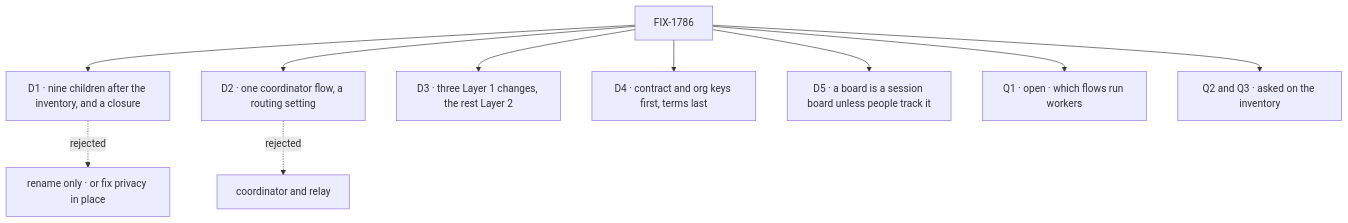
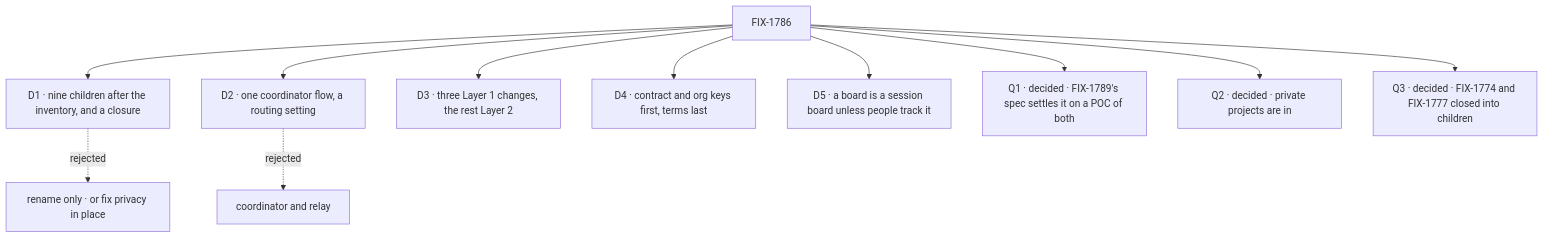
Before and after one commit to fixpoint-labs/flow-state-dev: the diagram in specs/epics/FIX-1786/DECISIONS.md, drawn with Mermaid. The commit also changed other lines of this file and 7 other files, not shown here.

````diff
--- a/specs/epics/FIX-1786/DECISIONS.md
+++ b/specs/epics/FIX-1786/DECISIONS.md
@@ -13,12 +13,13 @@
 ```mermaid
 flowchart TD
   E["FIX-1786"] --> D1["D1 · nine children after the inventory, and a closure"]
   D1 -.->|"rejected"| X1["rename only · or fix privacy in place"]
   E --> D2["D2 · one coordinator flow, a routing setting"]
   D2 -.->|"rejected"| X2["coordinator and relay"]
   E --> D3["D3 · three Layer 1 changes, the rest Layer 2"]
   E --> D4["D4 · contract and org keys first, terms last"]
   E --> D5["D5 · a board is a session board unless people track it"]
-  E --> Q1["Q1 · open · which flows run workers"]
-  E --> Q["Q2 and Q3 · asked on the inventory"]
+  E --> Q1["Q1 · decided · FIX-1789's spec settles it on a POC of both"]
+  E --> Q2["Q2 · decided · private projects are in"]
+  E --> Q3["Q3 · decided · FIX-1774 and FIX-1777 closed into children"]
 ```
````
